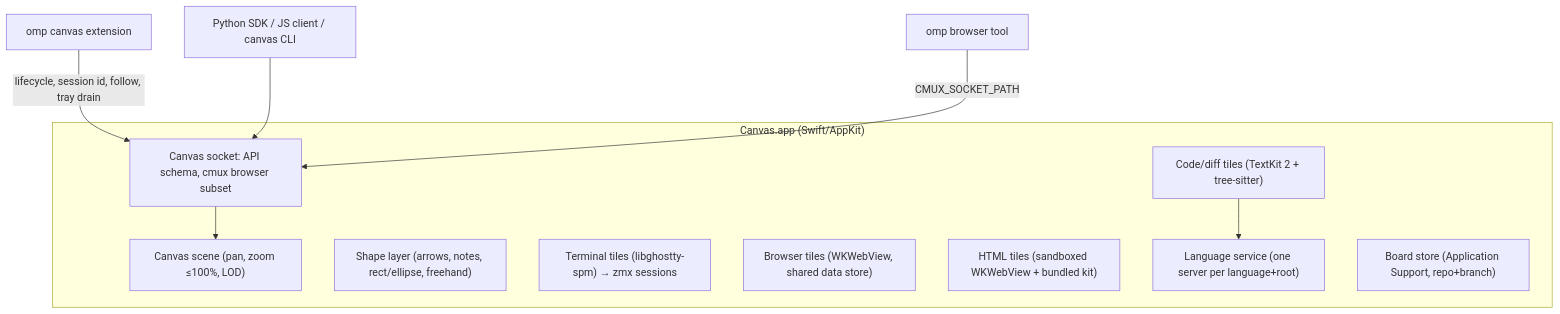
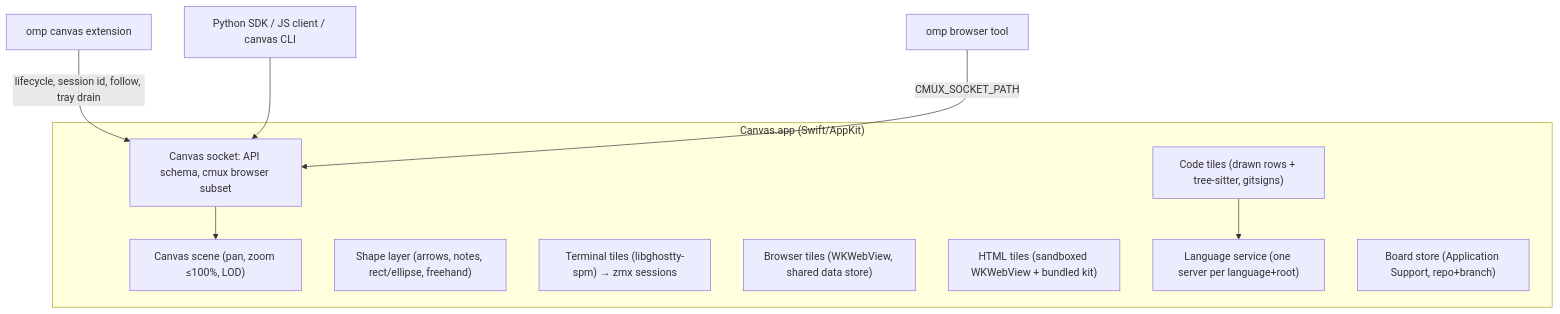
One commit to twaldin/canvas changed the diagram in docs/design.md. Above: the diagram before and after it, drawn with Mermaid. The commit also changed other lines of this file and 5 other files, not shown here.

````diff
--- a/docs/design.md
+++ b/docs/design.md
@@ -16,19 +16,19 @@
 ```mermaid
 flowchart TB
   subgraph App["Canvas.app (Swift/AppKit)"]
     Scene["Canvas scene (pan, zoom ≤100%, LOD)"]
     Ink["Shape layer (arrows, notes, rect/ellipse, freehand)"]
     T["Terminal tiles (libghostty-spm) → zmx sessions"]
     B["Browser tiles (WKWebView, shared data store)"]
-    C["Code/diff tiles (TextKit 2 + tree-sitter)"]
+    C["Code tiles (drawn rows + tree-sitter, gitsigns)"]
     H["HTML tiles (sandboxed WKWebView + bundled kit)"]
     L["Language service (one server per language+root)"]
     Sock["Canvas socket: API schema, cmux browser subset"]
     Store["Board store (Application Support, repo+branch)"]
   end
   Ext["omp canvas extension"] -->|"lifecycle, session id, follow, tray drain"| Sock
   SDK["Python SDK / JS client / canvas CLI"] --> Sock
   OmpBrowser["omp browser tool"] -->|"CMUX_SOCKET_PATH"| Sock
   Sock --> Scene
   C --> L
 ```
````
